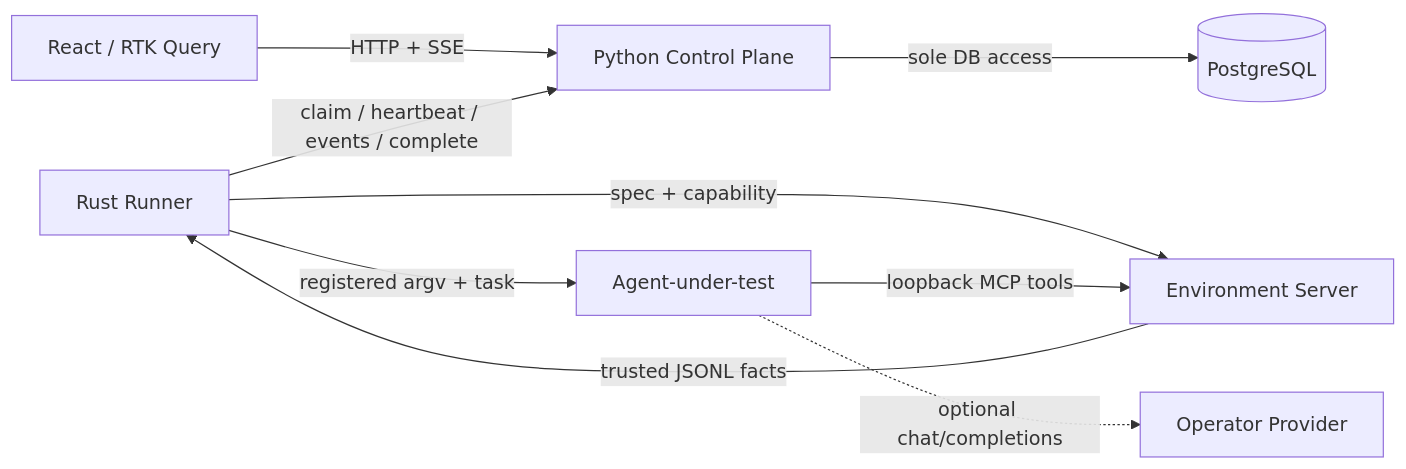
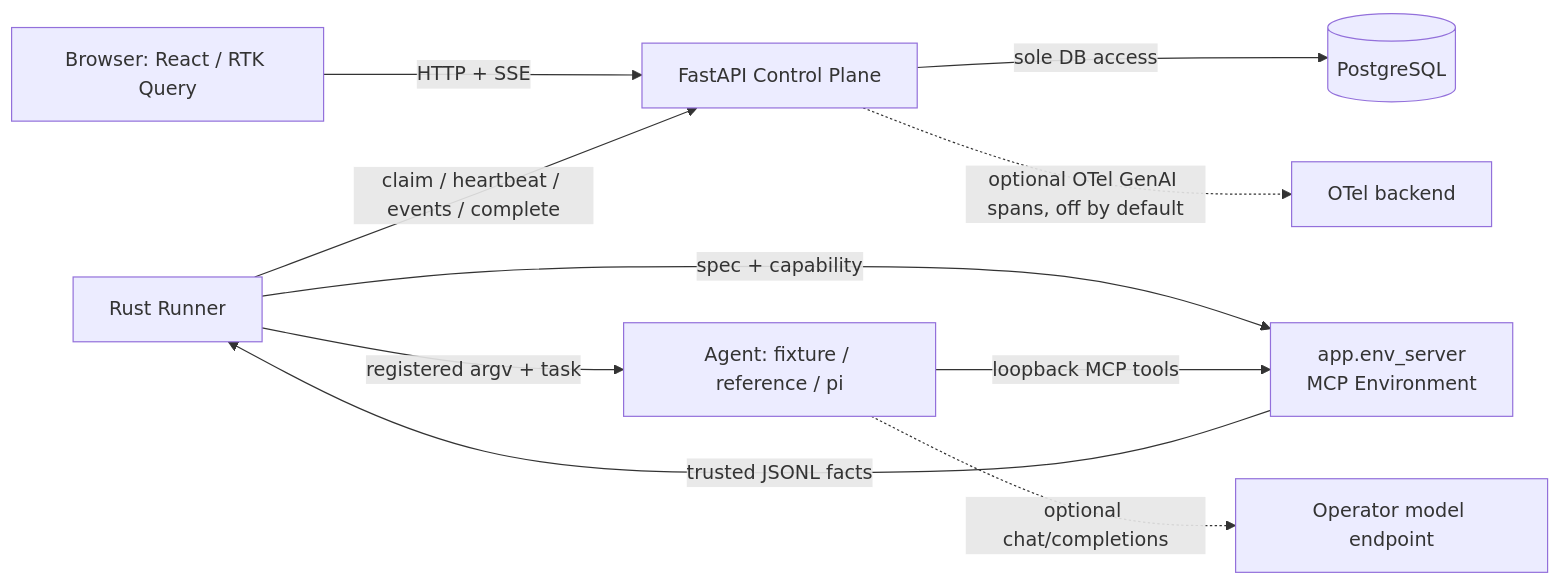
Before and after one commit to GarrisonPJ/agent-ops-platform: the diagram in README.md, drawn with Mermaid. The commit also changed other lines of this file and 14 other files, not shown here.

````diff
--- a/README.md
+++ b/README.md
@@ -74,11 +76,12 @@
 ```mermaid
 flowchart LR
-    UI[React / RTK Query] -->|HTTP + SSE| CP[Python Control Plane]
+    B[Browser: React / RTK Query] -->|HTTP + SSE| CP[FastAPI Control Plane]
     CP -->|sole DB access| DB[(PostgreSQL)]
     R[Rust Runner] -->|claim / heartbeat / events / complete| CP
-    R -->|spec + capability| E[Environment Server]
-    R -->|registered argv + task| A[Agent-under-test]
+    R -->|spec + capability| E[app.env_server<br/>MCP Environment]
+    R -->|registered argv + task| A[Agent: fixture / reference / pi]
     A -->|loopback MCP tools| E
     E -->|trusted JSONL facts| R
-    A -. optional chat/completions .-> P[Operator Provider]
+    A -. optional chat/completions .-> P[Operator model endpoint]
+    CP -. optional OTel GenAI spans, off by default .-> O[OTel backend]
 ```
````
